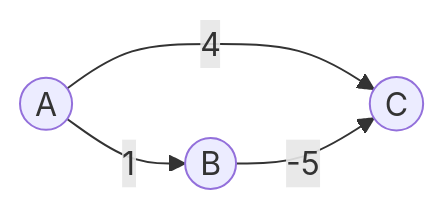
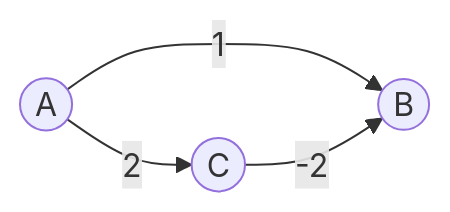
One commit to daihan054/Govt-it-question-bank-last-16-years-compact-it changed diagram 13 of 15 in written-answer-related-theories/algorithm.md. Above: the diagram before and after it, drawn with Mermaid. The commit also changed other lines of this file, not shown here.

````diff
--- a/written-answer-related-theories/algorithm.md
+++ b/written-answer-related-theories/algorithm.md
@@ -1485,6 +1485,6 @@
 ```mermaid
 flowchart LR
     A((A)) -->|"1"| B((B))
-    A -->|"4"| C((C))
-    B -->|"-5"| C
+    A -->|"2"| C((C))
+    C -->|"-2"| B
 ```
````
